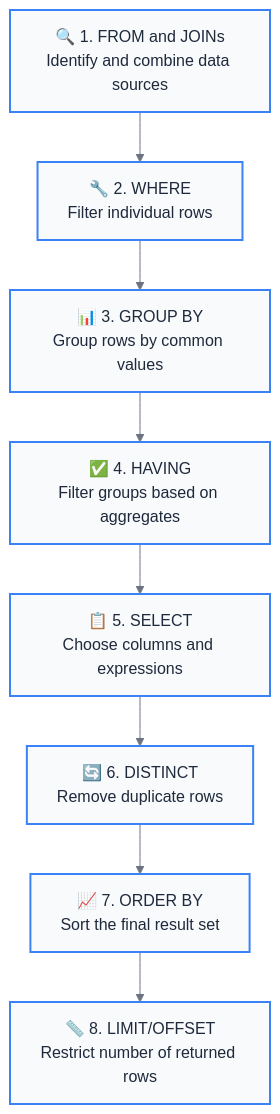
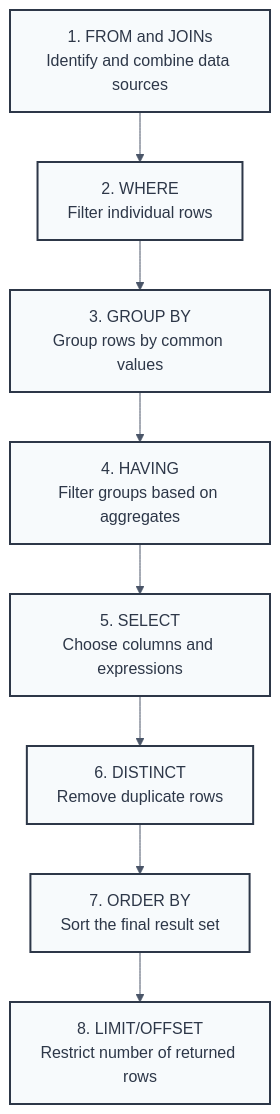
One commit to MayankBambal/mayankbambal.github.io changed the first of 2 diagrams in super_sql_guide/level_2/Chapter1/Introduction.md. Above: the diagram before and after it, drawn with Mermaid. The commit also changed other lines of this file and 3 other files, not shown here.

````diff
--- a/super_sql_guide/level_2/Chapter1/Introduction.md
+++ b/super_sql_guide/level_2/Chapter1/Introduction.md
@@ -25,34 +27,34 @@
 ```mermaid
 ---
 config:
   theme: base
   themeVariables:
-    primaryColor: '#3b82f6'
+    primaryColor: '#2d3748'
     primaryTextColor: '#ffffff'
-    primaryBorderColor: '#1d4ed8'
-    lineColor: '#6b7280'
-    secondaryColor: '#f8fafc'
+    primaryBorderColor: '#1a202c'
+    lineColor: '#4a5568'
+    secondaryColor: '#f7fafc'
     background: '#ffffff'
     fontSize: '16px'
 ---
 flowchart TD
-    A["🔍 1. FROM and JOINs<br/>Identify and combine data sources"] 
-    B["🔧 2. WHERE<br/>Filter individual rows"]
-    C["📊 3. GROUP BY<br/>Group rows by common values"]
-    D["✅ 4. HAVING<br/>Filter groups based on aggregates"]
-    E["📋 5. SELECT<br/>Choose columns and expressions"]
-    F["🔄 6. DISTINCT<br/>Remove duplicate rows"]
-    G["📈 7. ORDER BY<br/>Sort the final result set"]
-    H["📏 8. LIMIT/OFFSET<br/>Restrict number of returned rows"]
+    A["1. FROM and JOINs<br/>Identify and combine data sources"] 
+    B["2. WHERE<br/>Filter individual rows"]
+    C["3. GROUP BY<br/>Group rows by common values"]
+    D["4. HAVING<br/>Filter groups based on aggregates"]
+    E["5. SELECT<br/>Choose columns and expressions"]
+    F["6. DISTINCT<br/>Remove duplicate rows"]
+    G["7. ORDER BY<br/>Sort the final result set"]
+    H["8. LIMIT/OFFSET<br/>Restrict number of returned rows"]
     
     A --> B
     B --> C
     C --> D
     D --> E
     E --> F
     F --> G
     G --> H
     
-    classDef default fill:#f8fafc,stroke:#3b82f6,stroke-width:2px,color:#1e293b
-    classDef highlight fill:#3b82f6,stroke:#1d4ed8,stroke-width:3px,color:#ffffff
+    classDef default fill:#f7fafc,stroke:#2d3748,stroke-width:2px,color:#2d3748
+    classDef highlight fill:#2d3748,stroke:#1a202c,stroke-width:2px,color:#ffffff
 ```
````
